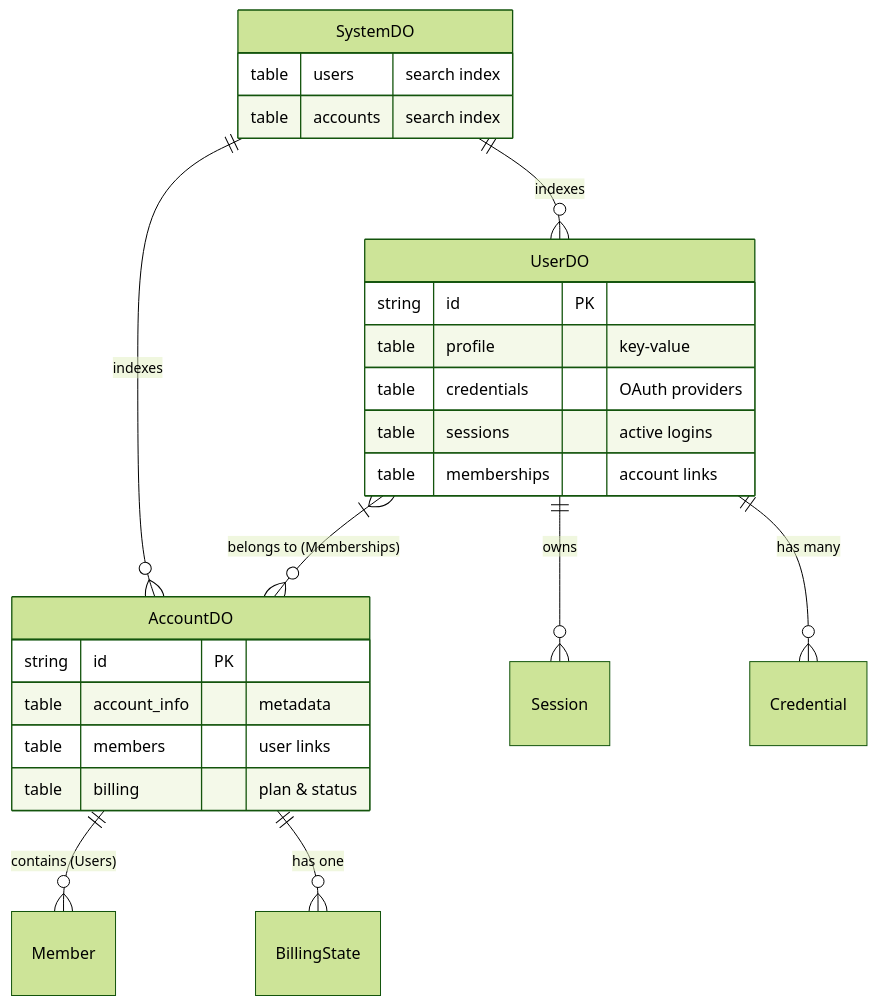
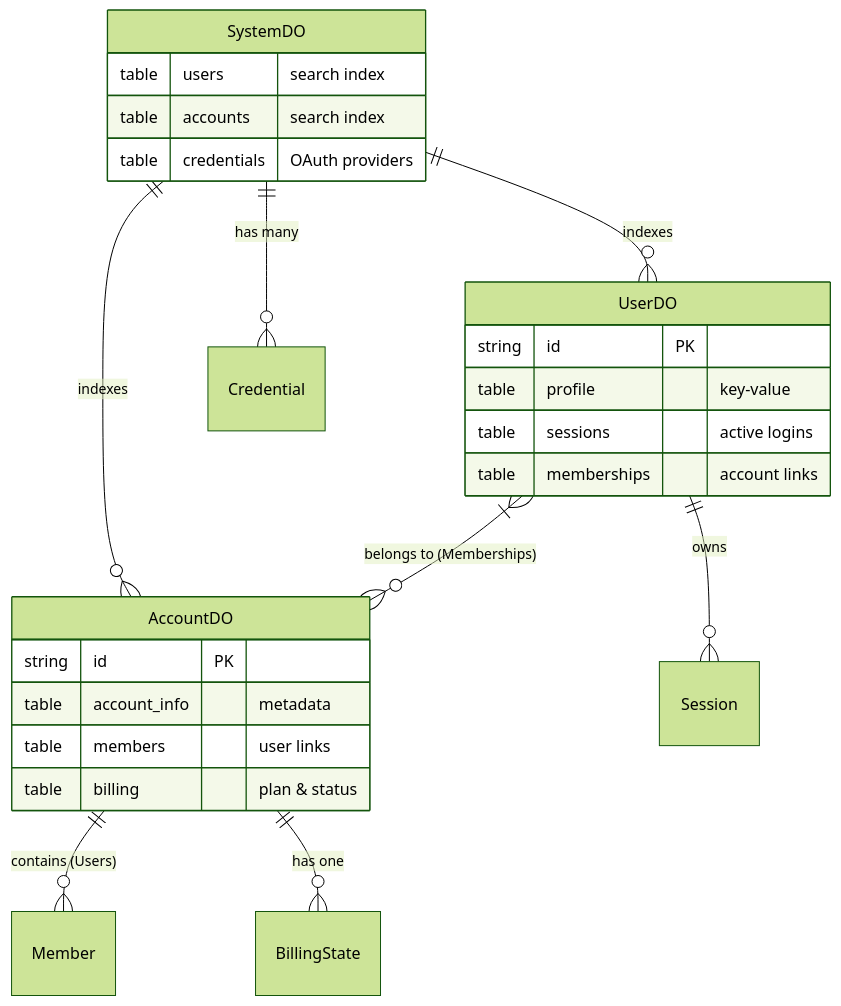
The diagram in specs/architecture.md (StartupAPI/startup-api-cloudflare), drawn with Mermaid (forest theme) before and after one commit. The commit also changed 5 other files, not shown here.

Commit message:
Move credentials to SystemDO for centralized identity management

````diff
--- a/specs/architecture.md
+++ b/specs/architecture.md
@@ -11,32 +11,32 @@
 ```mermaid
 erDiagram
     SystemDO ||--o{ UserDO : indexes
     SystemDO ||--o{ AccountDO : indexes
+    SystemDO ||--o{ Credential : "has many"
     
     UserDO ||--o{ Session : owns
-    UserDO ||--o{ Credential : "has many"
     UserDO }|--o{ AccountDO : "belongs to (Memberships)"
 
     AccountDO ||--o{ Member : "contains (Users)"
     AccountDO ||--o{ BillingState : "has one"
 
     UserDO {
         string id PK
         table profile "key-value"
-        table credentials "OAuth providers"
         table sessions "active logins"
         table memberships "account links"
     }
 
     AccountDO {
         string id PK
         table account_info "metadata"
         table members "user links"
         table billing "plan & status"
     }
 
     SystemDO {
         table users "search index"
         table accounts "search index"
+        table credentials "OAuth providers"
     }
 ```
````
